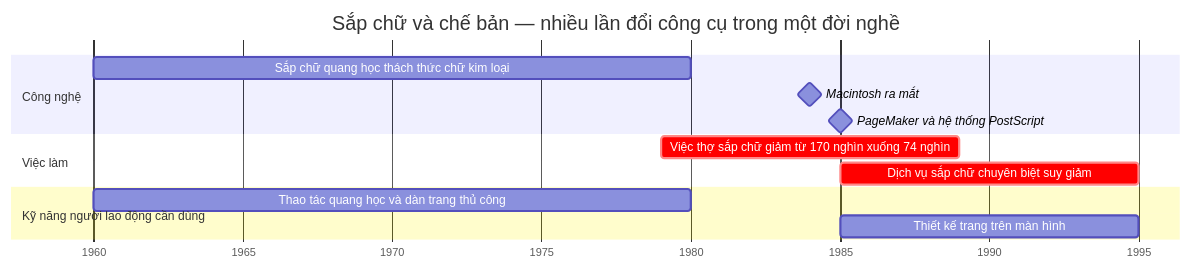
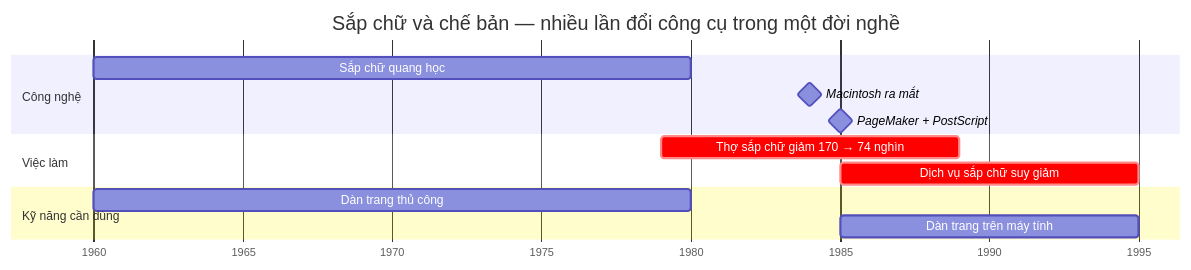
Before and after one commit to nghuyenthevinh2000/innovation-research: the second of 3 diagrams in vite-book/analysis/ky-nang-moi-cap-nhat-da-loi-thoi.md, drawn with Mermaid. The commit also changed 2 other files, not shown here.

Commit message:
Enlarge Gantt chart text and condense bar labels

````diff
--- a/vite-book/analysis/ky-nang-moi-cap-nhat-da-loi-thoi.md
+++ b/vite-book/analysis/ky-nang-moi-cap-nhat-da-loi-thoi.md
@@ -157,20 +157,20 @@
 ```mermaid
 gantt
     title Sắp chữ và chế bản — nhiều lần đổi công cụ trong một đời nghề
     dateFormat YYYY-MM-DD
     axisFormat %Y
     tickInterval 10year
 
     section Công nghệ
-    Sắp chữ quang học thách thức chữ kim loại :photo, 1960-01-01, 1980-01-01
+    Sắp chữ quang học :photo, 1960-01-01, 1980-01-01
     Macintosh ra mắt :milestone, mac, 1984-01-01, 0d
-    PageMaker và hệ thống PostScript :milestone, dtp, 1985-01-01, 0d
+    PageMaker + PostScript :milestone, dtp, 1985-01-01, 0d
 
     section Việc làm
-    Việc thợ sắp chữ giảm từ 170 nghìn xuống 74 nghìn :crit, typesetting, 1979-01-01, 1989-01-01
-    Dịch vụ sắp chữ chuyên biệt suy giảm :crit, services, 1985-01-01, 1995-01-01
+    Thợ sắp chữ giảm 170 → 74 nghìn :crit, typesetting, 1979-01-01, 1989-01-01
+    Dịch vụ sắp chữ suy giảm :crit, services, 1985-01-01, 1995-01-01
 
-    section Kỹ năng người lao động cần dùng
-    Thao tác quang học và dàn trang thủ công :photoskills, 1960-01-01, 1980-01-01
-    Thiết kế trang trên màn hình :screenskills, 1985-01-01, 1995-01-01
+    section Kỹ năng cần dùng
+    Dàn trang thủ công :photoskills, 1960-01-01, 1980-01-01
+    Dàn trang trên máy tính :screenskills, 1985-01-01, 1995-01-01
 ```
````
